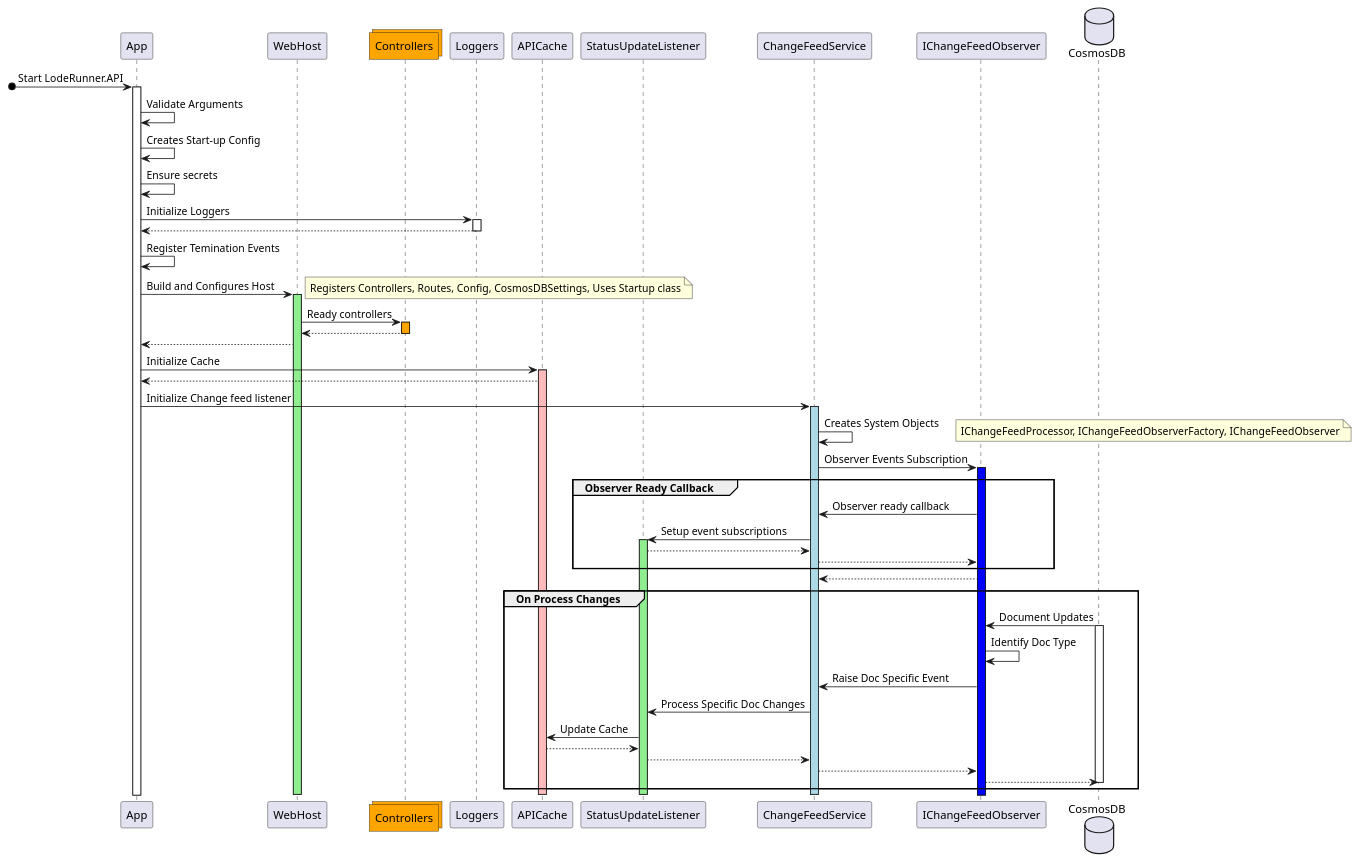
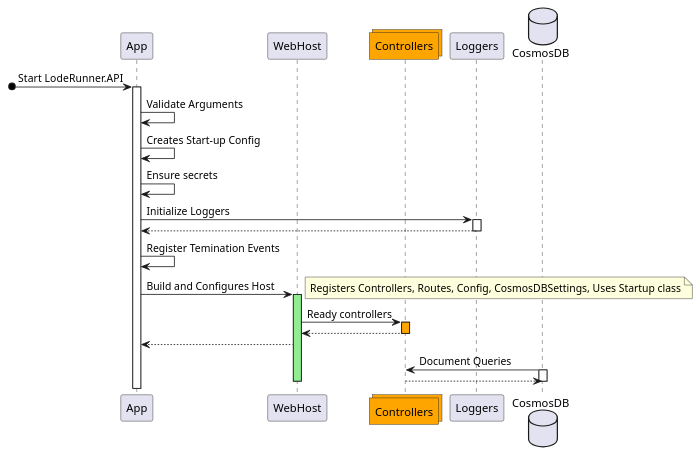
Before and after one commit to retaildevcrews/loderunner: the diagram in docs/diagrams/source/LodeRunner.API.puml, drawn with PlantUML. The commit also changed 36 other files, not shown here.

First line of the commit message:
Replace Cache and Change feed with Direct Calls (#112)

```diff
--- a/docs/diagrams/source/LodeRunner.API.puml
+++ b/docs/diagrams/source/LodeRunner.API.puml
@@ -1,86 +1,44 @@
 @startuml LodeRunner.API App and Change feed Init
 
 participant "App" as L8rAPIStart
 participant "WebHost" as WebHost
 collections "Controllers" as Endpoints #Orange
 participant "Loggers" as Loggers
-participant "APICache" as APICache
-participant "StatusUpdateListener" as StatusListener
-participant "ChangeFeedService" as ChangeFeedService
-participant "IChangeFeedObserver" as IChangeFeedObserver
 database    "CosmosDB" as CosmosDB
 
 [o-> L8rAPIStart: Start LodeRunner.API
 
 activate L8rAPIStart
 
 L8rAPIStart -> L8rAPIStart: Validate Arguments
 L8rAPIStart -> L8rAPIStart: Creates Start-up Config
 
 L8rAPIStart -> L8rAPIStart: Ensure secrets
 L8rAPIStart -> Loggers: Initialize Loggers
 activate Loggers
 Loggers --> L8rAPIStart
 deactivate Loggers
 L8rAPIStart -> L8rAPIStart: Register Temination Events
 
 L8rAPIStart -> WebHost: Build and Configures Host
 activate WebHost #LightGreen
 note right
     Registers Controllers, Routes, Config, CosmosDBSettings, Uses Startup class
 end note
 WebHost -> Endpoints: Ready controllers
 activate Endpoints #Orange
 Endpoints --> WebHost
 deactivate Endpoints
 WebHost --> L8rAPIStart
 
-L8rAPIStart -> APICache: Initialize Cache
-activate APICache #FFBBBB
-APICache --> L8rAPIStart
-
-L8rAPIStart -> ChangeFeedService: Initialize Change feed listener
-activate ChangeFeedService #LightBlue
-
-ChangeFeedService -> ChangeFeedService : Creates System Objects
-note right
-    IChangeFeedProcessor, IChangeFeedObserverFactory, IChangeFeedObserver
-end note
-
-ChangeFeedService -> IChangeFeedObserver : Observer Events Subscription
-activate IChangeFeedObserver #blue
-group Observer Ready Callback
-    IChangeFeedObserver -> ChangeFeedService: Observer ready callback
-    ChangeFeedService -> StatusListener: Setup event subscriptions
-    activate StatusListener #LightGreen
-    StatusListener --> ChangeFeedService
-    ChangeFeedService --> IChangeFeedObserver
-end
-IChangeFeedObserver --> ChangeFeedService
-
-group On Process Changes
-    CosmosDB -> IChangeFeedObserver: Document Updates
-    activate CosmosDB
-    IChangeFeedObserver -> IChangeFeedObserver: Identify Doc Type
-    IChangeFeedObserver -> ChangeFeedService: Raise Doc Specific Event
-    ChangeFeedService -> StatusListener: Process Specific Doc Changes
-    StatusListener -> APICache: Update Cache
-    APICache --> StatusListener
-    StatusListener --> ChangeFeedService
-    ChangeFeedService --> IChangeFeedObserver
-    IChangeFeedObserver --> CosmosDB
-    deactivate CosmosDB
-end
-
+CosmosDB -> Endpoints: Document Queries
+activate CosmosDB
+Endpoints --> CosmosDB
 deactivate CosmosDB
-deactivate StatusListener
-deactivate ChangeFeedService
-
-deactivate APICache
 
 deactivate Endpoints
 
 deactivate WebHost
 
 
 @enduml
```
